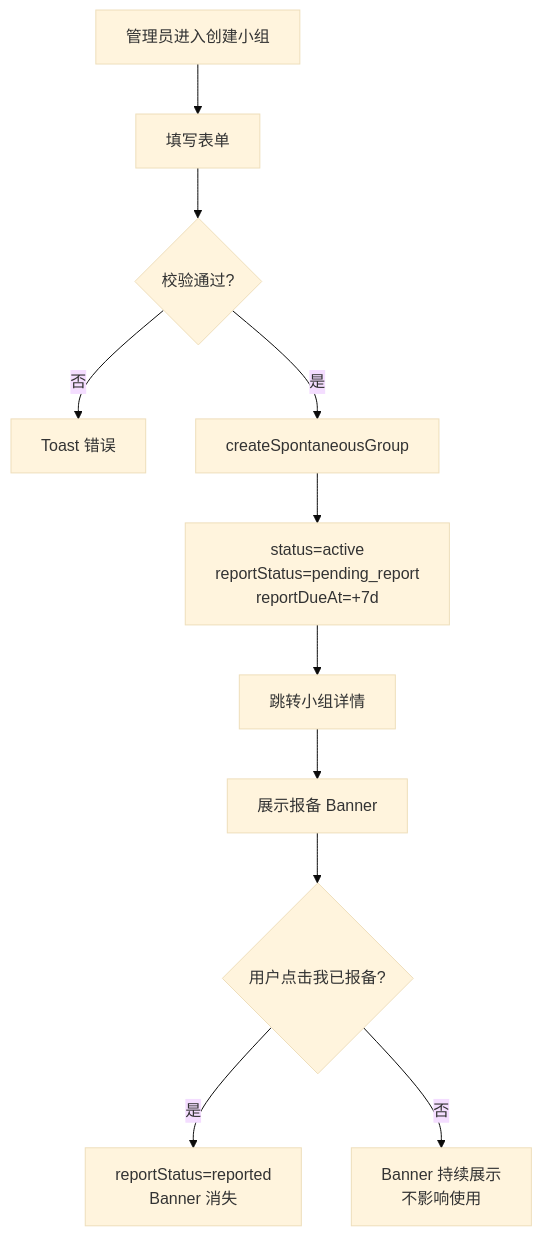
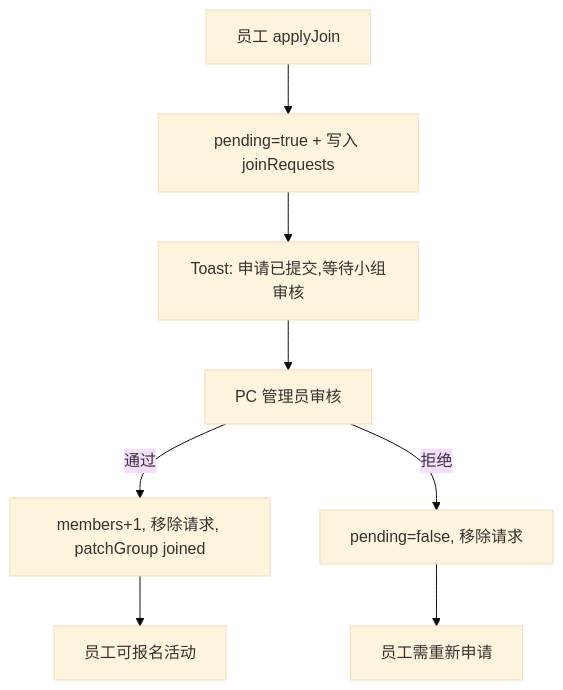
One commit to moyi5603/Interest-Group_2 changed the second of 4 diagrams in docs/PRD-兴趣小组-代码逆向.md. Above: the diagram before and after it, drawn with Mermaid (base theme). The commit also changed other lines of this file and 18 other files, not shown here.

````diff
--- a/docs/PRD-兴趣小组-代码逆向.md
+++ b/docs/PRD-兴趣小组-代码逆向.md
@@ -715,13 +552,10 @@
 ```mermaid
 flowchart TD
-    A[管理员进入创建小组] --> B[填写表单]
-    B --> C{校验通过?}
-    C -->|否| D[Toast 错误]
-    C -->|是| E[createSpontaneousGroup]
-    E --> F[status=active<br/>reportStatus=pending_report<br/>reportDueAt=+7d]
-    F --> G[跳转小组详情]
-    G --> H[展示报备 Banner]
-    H --> I{用户点击我已报备?}
-    I -->|是| J[reportStatus=reported<br/>Banner 消失]
-    I -->|否| K[Banner 持续展示<br/>不影响使用]
+    A[员工 applyJoin] --> B[pending=true + 写入 joinRequests]
+    B --> C[Toast: 申请已提交,等待小组审核]
+    C --> D[PC 管理员审核]
+    D -->|通过| E[members+1, 移除请求, patchGroup joined]
+    D -->|拒绝| F[pending=false, 移除请求]
+    E --> G[员工可报名活动]
+    F --> H[员工需重新申请]
 ```
````
